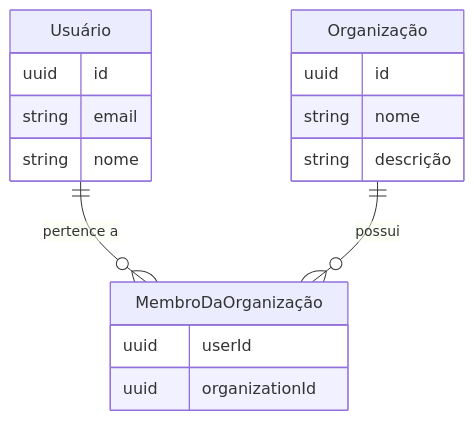
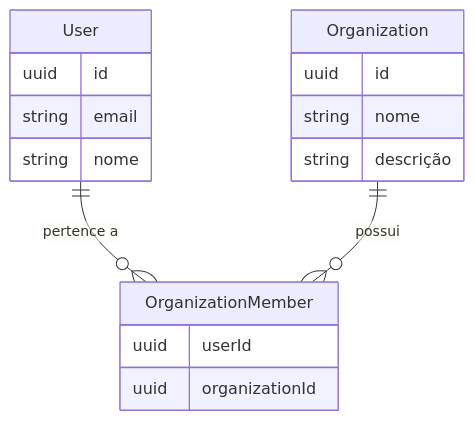
One commit to logto-io/docs changed the second of 7 diagrams in i18n/pt-BR/docusaurus-plugin-content-docs/current/use-cases/multi-tenancy/build-multi-tenant-saas-application.mdx. Above: the diagram before and after it, drawn with Mermaid. The commit also changed other lines of this file and 74 other files, not shown here.

````diff
--- a/i18n/pt-BR/docusaurus-plugin-content-docs/current/use-cases/multi-tenancy/build-multi-tenant-saas-application.mdx
+++ b/i18n/pt-BR/docusaurus-plugin-content-docs/current/use-cases/multi-tenancy/build-multi-tenant-saas-application.mdx
@@ -206,20 +206,20 @@
 ```mermaid
 erDiagram
-    Usuário ||--o{ MembroDaOrganização : "pertence a"
-    Organização ||--o{ MembroDaOrganização : "possui"
+    User ||--o{ OrganizationMember : "pertence a"
+    Organization ||--o{ OrganizationMember : "possui"
 
-    Usuário {
+    User {
         uuid id
         string email
         string nome
     }
-    Organização {
+    Organization {
         uuid id
         string nome
         string descrição
     }
-    MembroDaOrganização {
+    OrganizationMember {
         uuid userId
         uuid organizationId
     }
 ```
````
